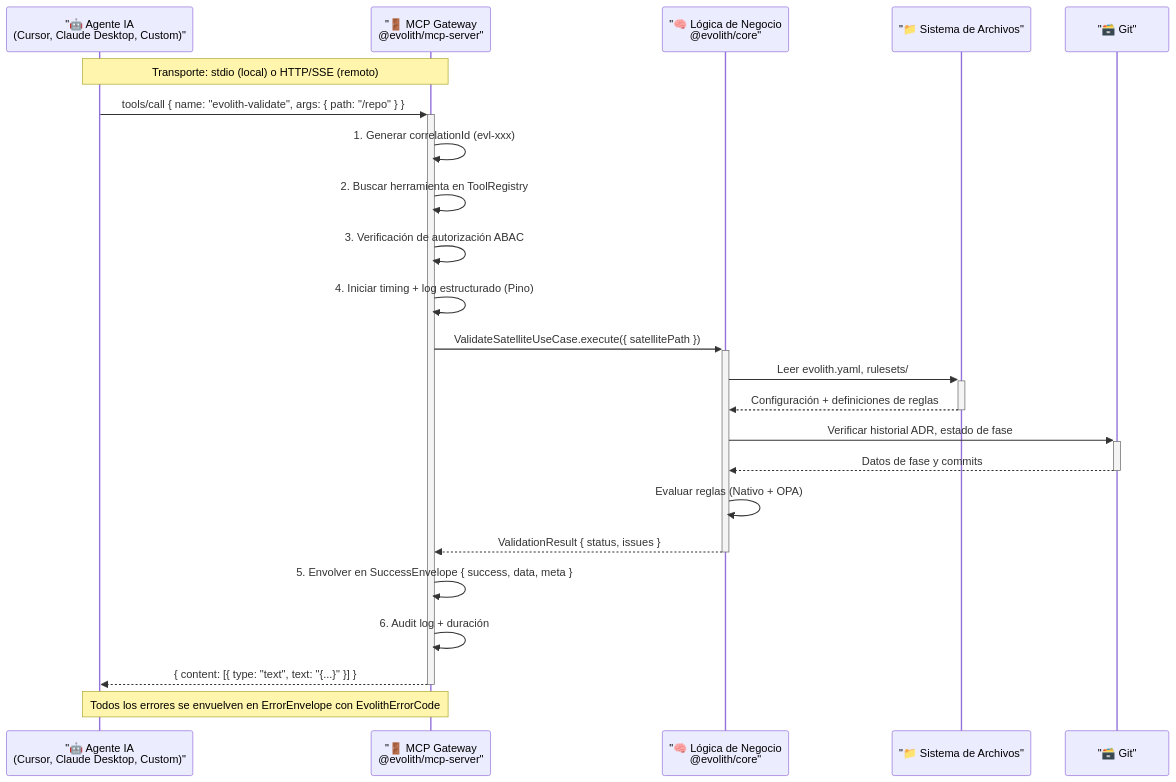
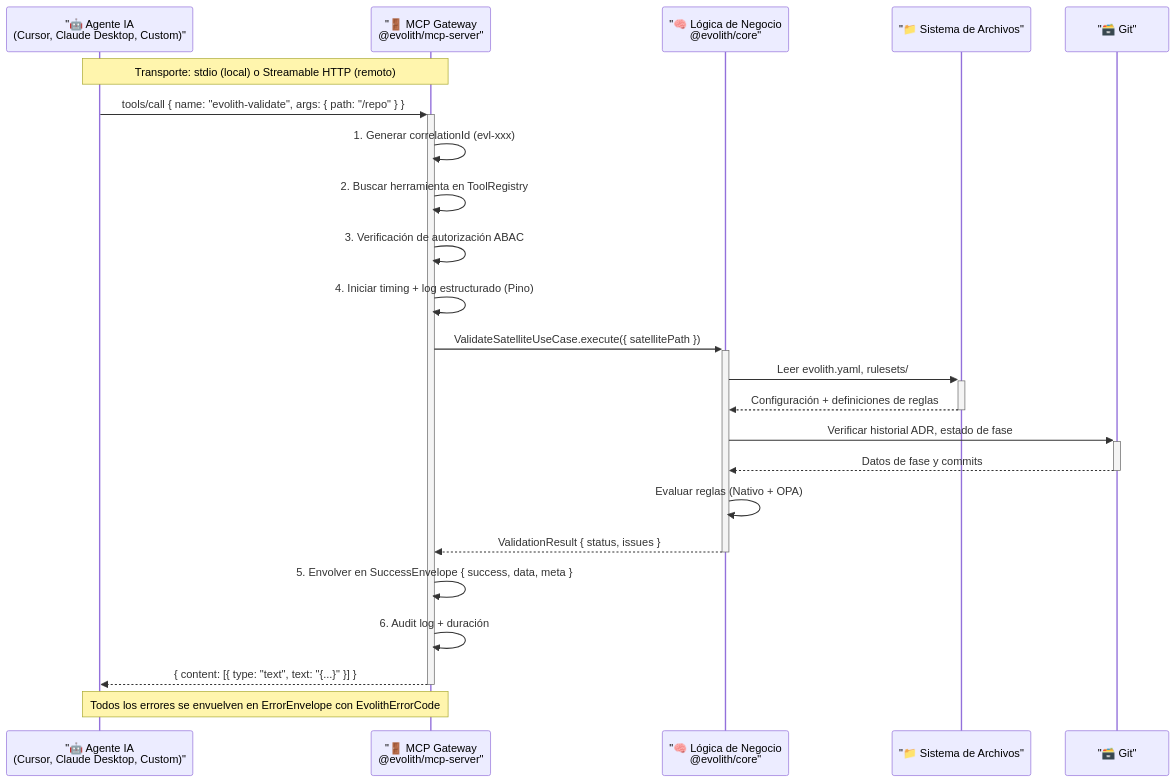
The diagram in packages/mcp-server/README.es.md (beyondnetcode/evolith_arch32), drawn with Mermaid before and after one commit. The commit also changed other lines of this file and 29 other files, not shown here.

````diff
--- a/packages/mcp-server/README.es.md
+++ b/packages/mcp-server/README.es.md
@@ -34,34 +34,34 @@
 ```mermaid
 sequenceDiagram
     participant Agent as "🤖 Agente IA<br/>(Cursor, Claude Desktop, Custom)"
     participant Gateway as "🚪 MCP Gateway<br/>@evolith/mcp-server"
     participant Core as "🧠 Lógica de Negocio<br/>@evolith/core"
     participant FS as "📁 Sistema de Archivos"
     participant Git as "🗃️ Git"
 
-    Note over Agent,Gateway: Transporte: stdio (local) o HTTP/SSE (remoto)
+    Note over Agent,Gateway: Transporte: stdio (local) o Streamable HTTP (remoto)
 
     Agent->>+Gateway: tools/call { name: "evolith-validate", args: { path: "/repo" } }
 
     Gateway->>Gateway: 1. Generar correlationId (evl-xxx)
     Gateway->>Gateway: 2. Buscar herramienta en ToolRegistry
     Gateway->>Gateway: 3. Verificación de autorización ABAC
     Gateway->>Gateway: 4. Iniciar timing + log estructurado (Pino)
 
     Gateway->>+Core: ValidateSatelliteUseCase.execute({ satellitePath })
     Core->>+FS: Leer evolith.yaml, rulesets/
     FS-->>-Core: Configuración + definiciones de reglas
 
     Core->>+Git: Verificar historial ADR, estado de fase
     Git-->>-Core: Datos de fase y commits
 
     Core->>Core: Evaluar reglas (Nativo + OPA)
     Core-->>-Gateway: ValidationResult { status, issues }
 
     Gateway->>Gateway: 5. Envolver en SuccessEnvelope { success, data, meta }
     Gateway->>Gateway: 6. Audit log + duración
 
     Gateway-->>-Agent: { content: [{ type: "text", text: "{...}" }] }
 
     Note over Agent,Gateway: Todos los errores se envuelven en ErrorEnvelope con EvolithErrorCode
 ```
````
